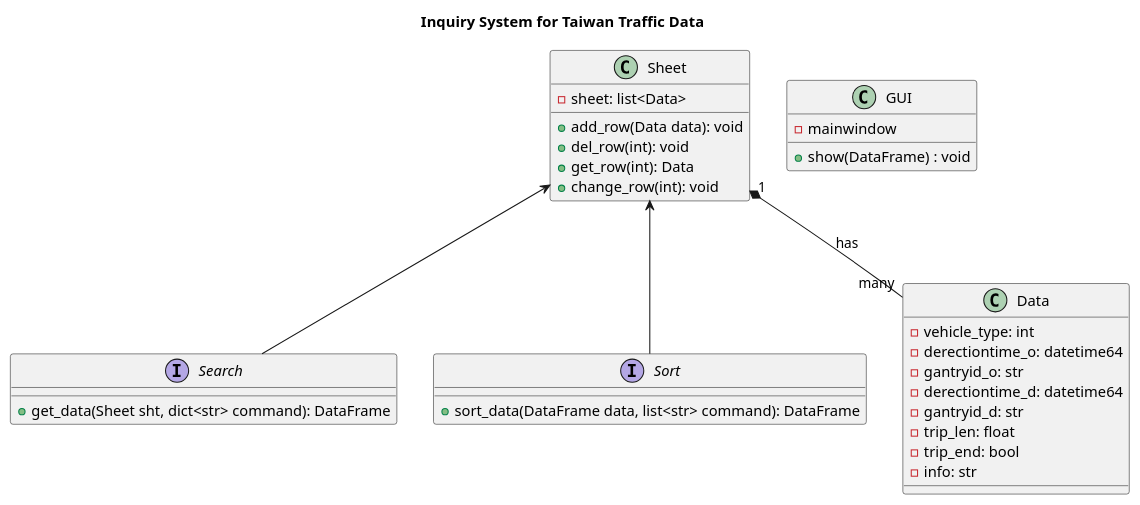
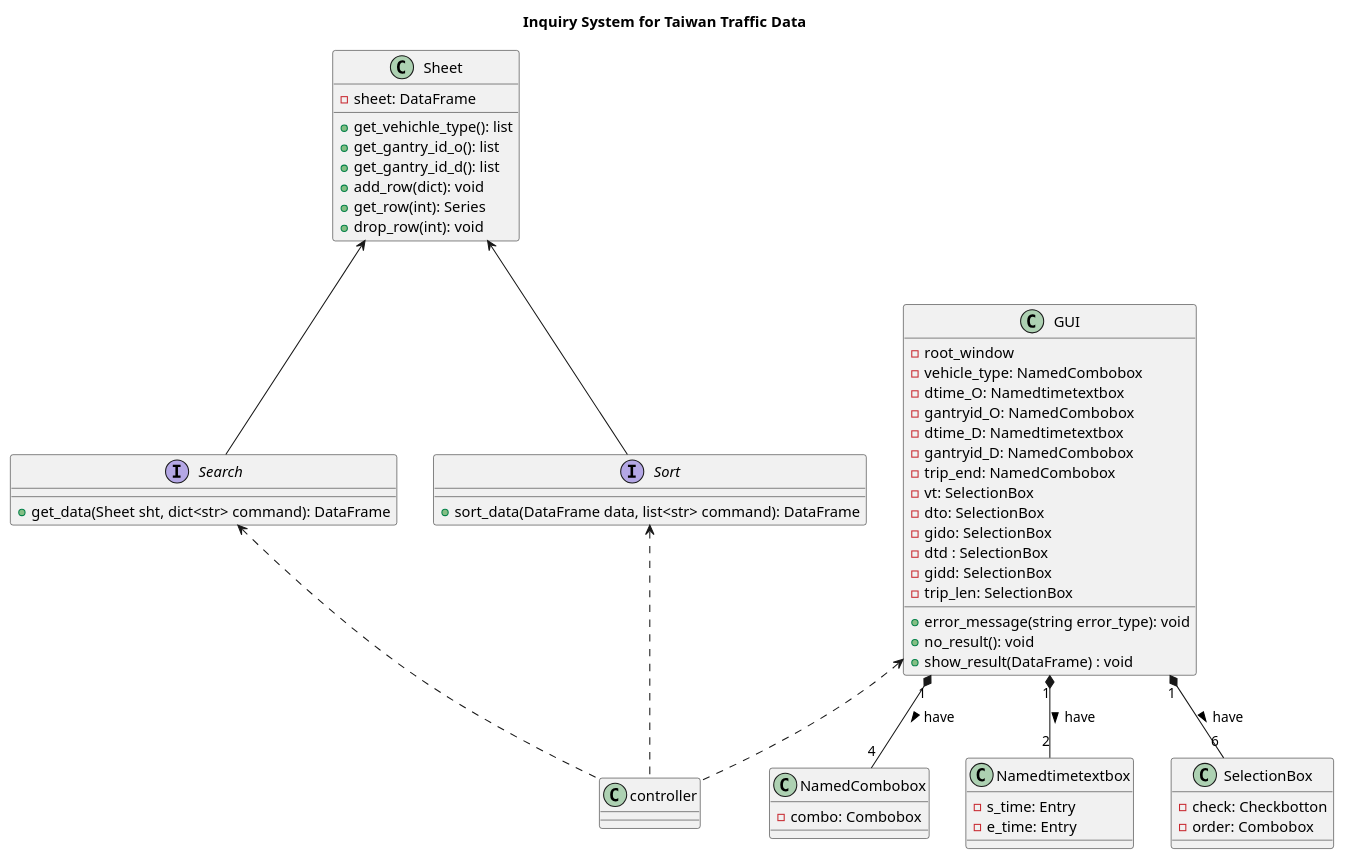
Before and after one commit to suizihuang/HKUST_DDM5051_Project_2: the diagram in InquirySystem.wsd, drawn with PlantUML. The commit also changed 1 other file, not shown here.

Commit message:
uml update

```diff
--- a/InquirySystem.wsd
+++ b/InquirySystem.wsd
@@ -1,41 +1,68 @@
 @startuml InquirySystem
 title Inquiry System for Taiwan Traffic Data
 
 
 interface Search{
     + get_data(Sheet sht, dict<str> command): DataFrame
 }
 
 interface Sort{
     + sort_data(DataFrame data, list<str> command): DataFrame
 }
 
-class Data{
-    - vehicle_type: int
-    - derectiontime_o: datetime64
-    - gantryid_o: str
-    - derectiontime_d: datetime64
-    - gantryid_d: str
-    - trip_len: float
-    - trip_end: bool
-    - info: str
-}
-
 class Sheet{
-    - sheet: list<Data>
-    + add_row(Data data): void
-    + del_row(int): void
-    + get_row(int): Data
-    + change_row(int): void
+    - sheet: DataFrame
+    + get_vehichle_type(): list
+    + get_gantry_id_o(): list
+    + get_gantry_id_d(): list
+    + add_row(dict): void
+    + get_row(int): Series
+    + drop_row(int): void
 }
 
 class GUI{
-    - mainwindow
-    + show(DataFrame) : void
+    - root_window
+    - vehicle_type: NamedCombobox
+    - dtime_O: Namedtimetextbox
+    - gantryid_O: NamedCombobox
+    - dtime_D: Namedtimetextbox
+    - gantryid_D: NamedCombobox
+    - trip_end: NamedCombobox
+    - vt: SelectionBox
+    - dto: SelectionBox
+    - gido: SelectionBox
+    - dtd : SelectionBox
+    - gidd: SelectionBox
+    - trip_len: SelectionBox
+    + error_message(string error_type): void
+    + no_result(): void
+    + show_result(DataFrame) : void
 }
 
+class NamedCombobox{
+    - combo: Combobox
+}
 
-Sheet "1" *-- "many" Data: has
+class Namedtimetextbox{
+    - s_time: Entry
+    - e_time: Entry
+}
+
+class SelectionBox{
+    - check: Checkbotton
+    - order: Combobox
+}
+
+class controller{
+
+} 
+
 Sheet <-- Search
 Sheet <-- Sort
+GUI "1" *-- "4" NamedCombobox: have >
+GUI "1" *-- "2" Namedtimetextbox: have >
+GUI "1" *-- "6" SelectionBox: have >
+Search <.. controller
+Sort <.. controller
+GUI <.. controller 
 @enduml
```
